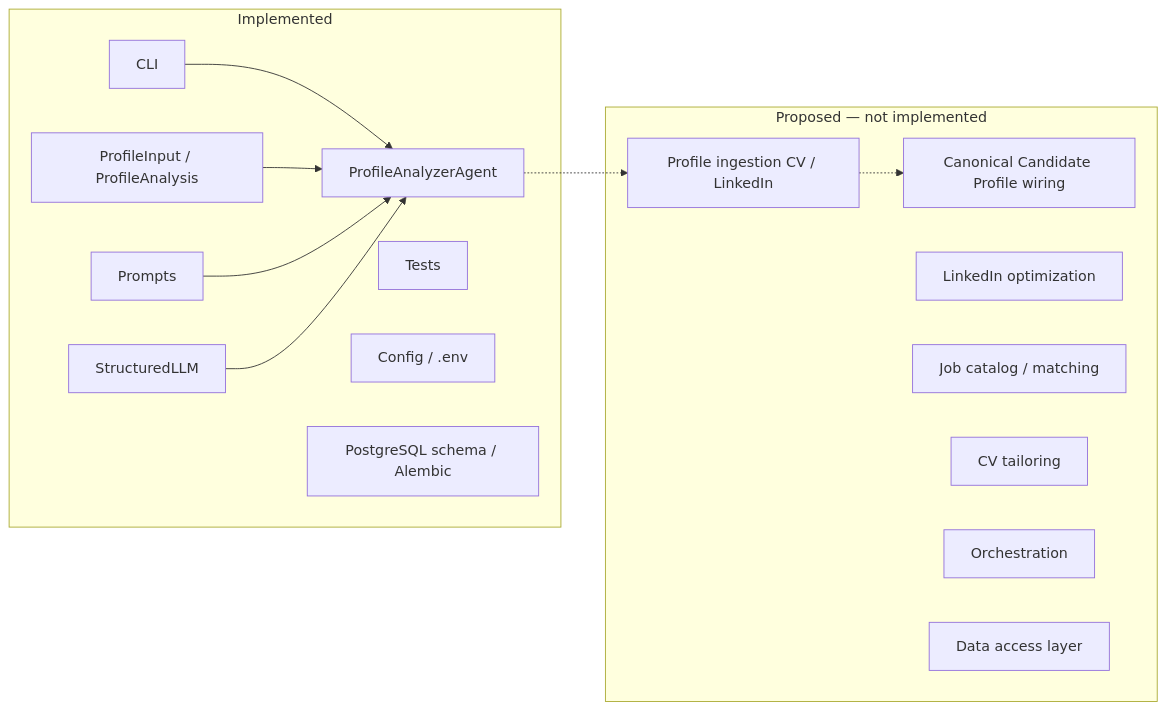
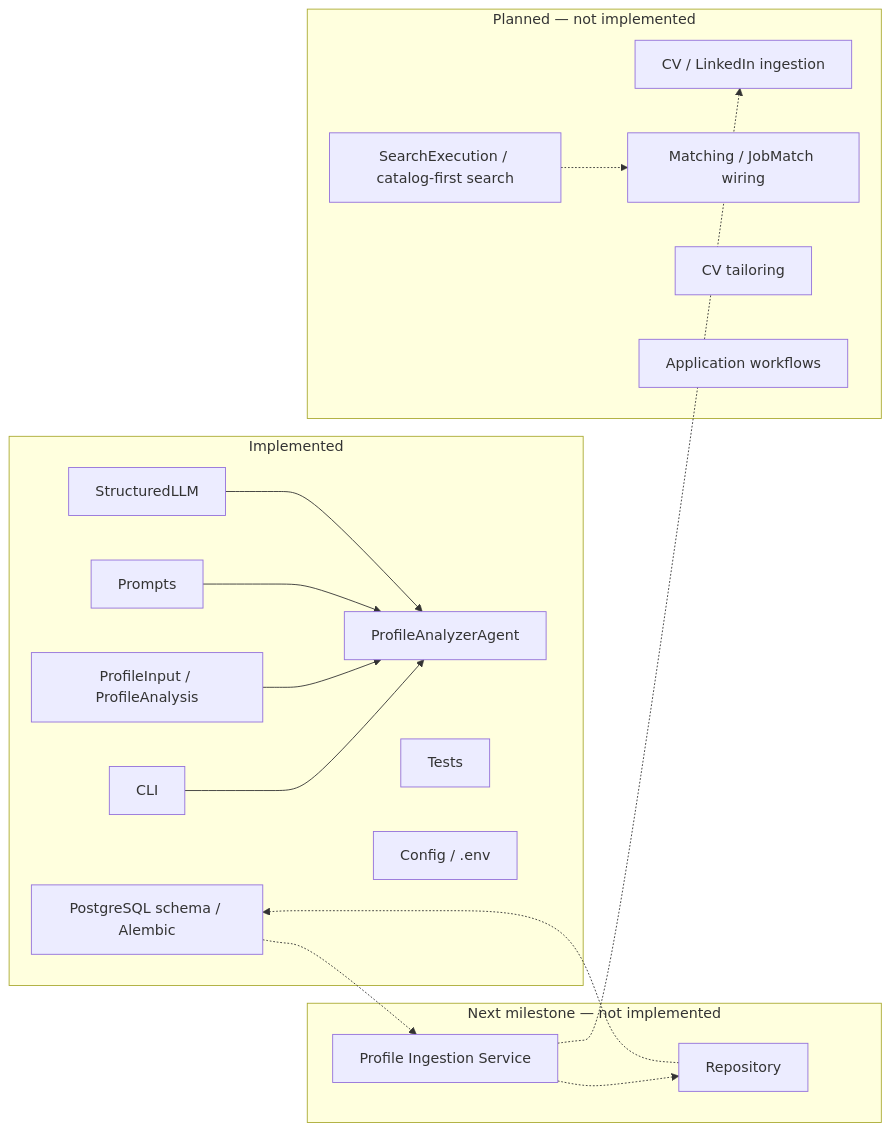
Before and after one commit to shira-ozana/career-ai: the diagram in docs/index.md, drawn with Mermaid. The commit also changed other lines of this file and 16 other files, not shown here.

Commit message:
Align architecture docs with modular-monolith and catalog-first Job Search decisions.

````diff
--- a/docs/index.md
+++ b/docs/index.md
@@ -22,30 +25,36 @@
 ```mermaid
 flowchart LR
     subgraph Implemented["Implemented"]
         A[CLI]
         B[ProfileInput / ProfileAnalysis]
         C[ProfileAnalyzerAgent]
         D[StructuredLLM]
         E[Prompts]
         F[Tests]
         G[Config / .env]
         P[PostgreSQL schema / Alembic]
     end
 
-    subgraph Target["Proposed — not implemented"]
-        H[Profile ingestion CV / LinkedIn]
-        I[Canonical Candidate Profile wiring]
-        J[LinkedIn optimization]
-        K[Job catalog / matching]
-        L[CV tailoring]
-        M[Orchestration]
-        N[Data access layer]
+    subgraph Next["Next milestone — not implemented"]
+        Ing[Profile Ingestion Service]
+        Repo[Repository]
+    end
+
+    subgraph Planned["Planned — not implemented"]
+        H[CV / LinkedIn ingestion]
+        K[SearchExecution / catalog-first search]
+        L[Matching / JobMatch wiring]
+        M[CV tailoring]
+        N[Application workflows]
     end
 
     A --> C
     B --> C
     E --> C
     D --> C
-    C -.-> H
-    H -.-> I
+    P -.-> Ing
+    Ing -.-> Repo
+    Repo -.-> P
+    Ing -.-> H
+    K -.-> L
 ```
````
